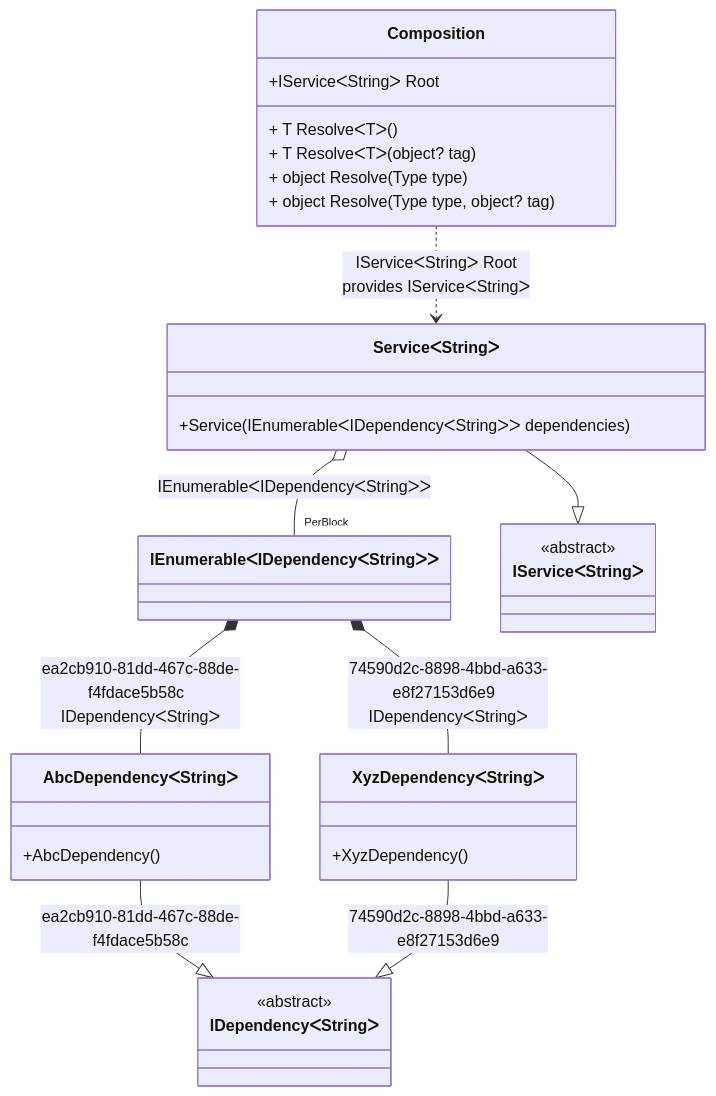
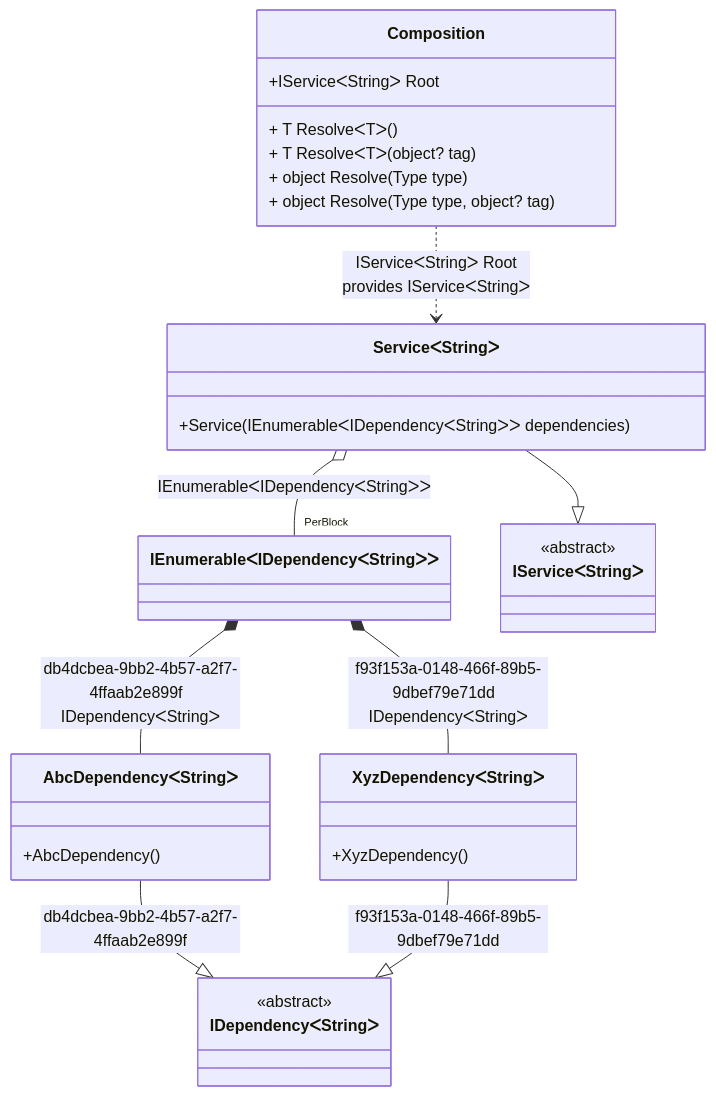
Before and after one commit to DevTeam/Pure.DI: the diagram in readme/tag-unique.md, drawn with Mermaid. The commit also changed other lines of this file and 4 other files, not shown here.

````diff
--- a/readme/tag-unique.md
+++ b/readme/tag-unique.md
@@ -39,33 +39,33 @@
 ```mermaid
 classDiagram
   class Composition {
     +IServiceᐸStringᐳ Root
     + T ResolveᐸTᐳ()
     + T ResolveᐸTᐳ(object? tag)
     + object Resolve(Type type)
     + object Resolve(Type type, object? tag)
   }
   class IEnumerableᐸIDependencyᐸStringᐳᐳ
-  AbcDependencyᐸStringᐳ --|> IDependencyᐸStringᐳ : ea2cb910-81dd-467c-88de-f4fdace5b58c 
+  AbcDependencyᐸStringᐳ --|> IDependencyᐸStringᐳ : db4dcbea-9bb2-4b57-a2f7-4ffaab2e899f 
   class AbcDependencyᐸStringᐳ {
     +AbcDependency()
   }
-  XyzDependencyᐸStringᐳ --|> IDependencyᐸStringᐳ : 74590d2c-8898-4bbd-a633-e8f27153d6e9 
+  XyzDependencyᐸStringᐳ --|> IDependencyᐸStringᐳ : f93f153a-0148-466f-89b5-9dbef79e71dd 
   class XyzDependencyᐸStringᐳ {
     +XyzDependency()
   }
   ServiceᐸStringᐳ --|> IServiceᐸStringᐳ : 
   class ServiceᐸStringᐳ {
     +Service(IEnumerableᐸIDependencyᐸStringᐳᐳ dependencies)
   }
   class IDependencyᐸStringᐳ {
     <<abstract>>
   }
   class IServiceᐸStringᐳ {
     <<abstract>>
   }
-  IEnumerableᐸIDependencyᐸStringᐳᐳ *--  AbcDependencyᐸStringᐳ : ea2cb910-81dd-467c-88de-f4fdace5b58c  IDependencyᐸStringᐳ
-  IEnumerableᐸIDependencyᐸStringᐳᐳ *--  XyzDependencyᐸStringᐳ : 74590d2c-8898-4bbd-a633-e8f27153d6e9  IDependencyᐸStringᐳ
+  IEnumerableᐸIDependencyᐸStringᐳᐳ *--  AbcDependencyᐸStringᐳ : db4dcbea-9bb2-4b57-a2f7-4ffaab2e899f  IDependencyᐸStringᐳ
+  IEnumerableᐸIDependencyᐸStringᐳᐳ *--  XyzDependencyᐸStringᐳ : f93f153a-0148-466f-89b5-9dbef79e71dd  IDependencyᐸStringᐳ
   Composition ..> ServiceᐸStringᐳ : IServiceᐸStringᐳ Root<br/>provides IServiceᐸStringᐳ
   ServiceᐸStringᐳ o--  "PerBlock" IEnumerableᐸIDependencyᐸStringᐳᐳ : IEnumerableᐸIDependencyᐸStringᐳᐳ
 ```
````
